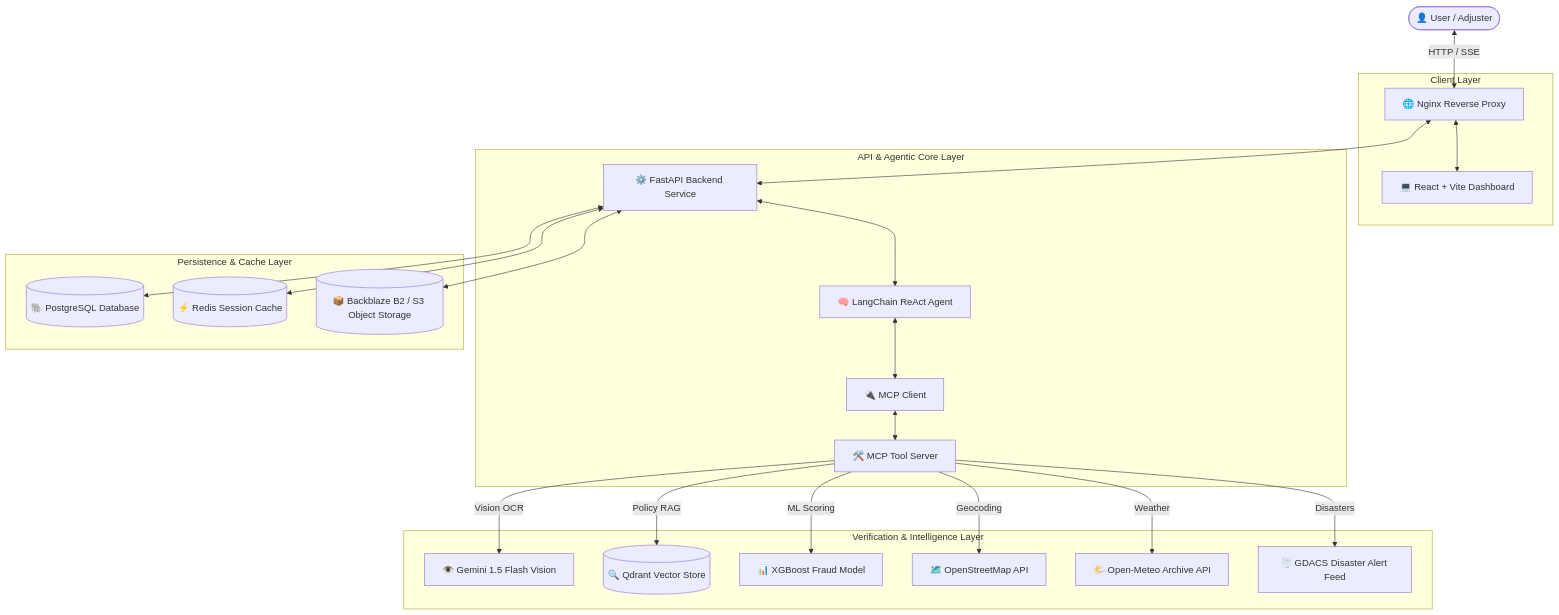
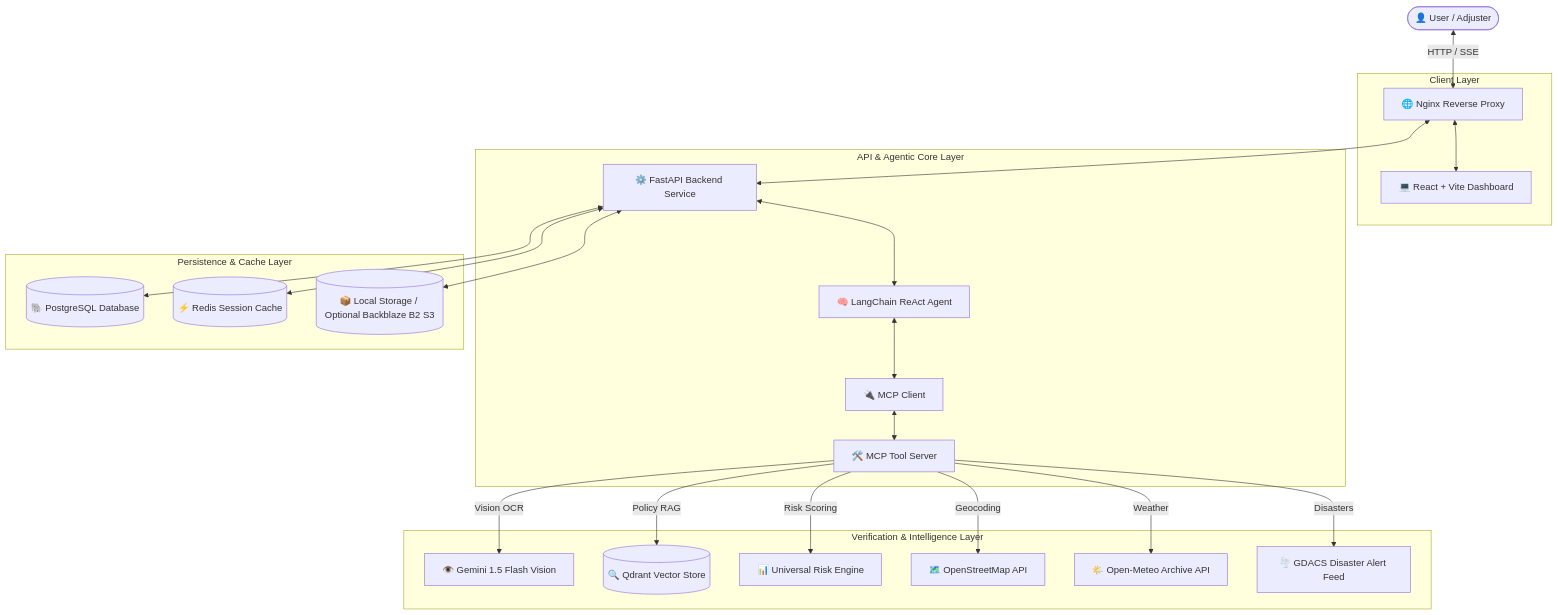
The diagram in README.md (AkshajAnil/Autonomous-claims-application), drawn with Mermaid before and after one commit. The commit also changed other lines of this file and 1 other file, not shown here.

Commit message:
docs: replace XGBoost references with Universal Risk Engine, make S3 optional in docs, and render Mermaid diagrams

````diff
--- a/README.md
+++ b/README.md
@@ -9,30 +9,30 @@
 ```mermaid
 graph TD
     User([👤 User / Adjuster]) <-->|HTTP / SSE| Nginx[🌐 Nginx Reverse Proxy]
     
     subgraph Client Layer
         Nginx <--> Frontend[💻 React + Vite Dashboard]
     end
 
     subgraph API & Agentic Core Layer
         Nginx <--> Backend[⚙️ FastAPI Backend Service]
         Backend <--> LangChain[🧠 LangChain ReAct Agent]
         LangChain <--> MCPClient[🔌 MCP Client]
         MCPClient <--> MCPServer[🛠️ MCP Tool Server]
     end
 
     subgraph Verification & Intelligence Layer
         MCPServer -->|Vision OCR| Gemini[👁️ Gemini 1.5 Flash Vision]
         MCPServer -->|Policy RAG| Qdrant[(🔍 Qdrant Vector Store)]
-        MCPServer -->|ML Scoring| XGBoost[📊 XGBoost Fraud Model]
+        MCPServer -->|Risk Scoring| RiskEngine[📊 Universal Risk Engine]
         MCPServer -->|Geocoding| OSM[🗺️ OpenStreetMap API]
         MCPServer -->|Weather| OpenMeteo[🌤️ Open-Meteo Archive API]
         MCPServer -->|Disasters| GDACS[🌪️ GDACS Disaster Alert Feed]
     end
 
     subgraph Persistence & Cache Layer
         Backend <--> Postgres[(🐘 PostgreSQL Database)]
         Backend <--> Redis[(⚡ Redis Session Cache)]
-        Backend <--> B2[(📦 Backblaze B2 / S3 Object Storage)]
+        Backend <--> B2[(📦 Local Storage / Optional Backblaze B2 S3)]
     end
 ```
````
